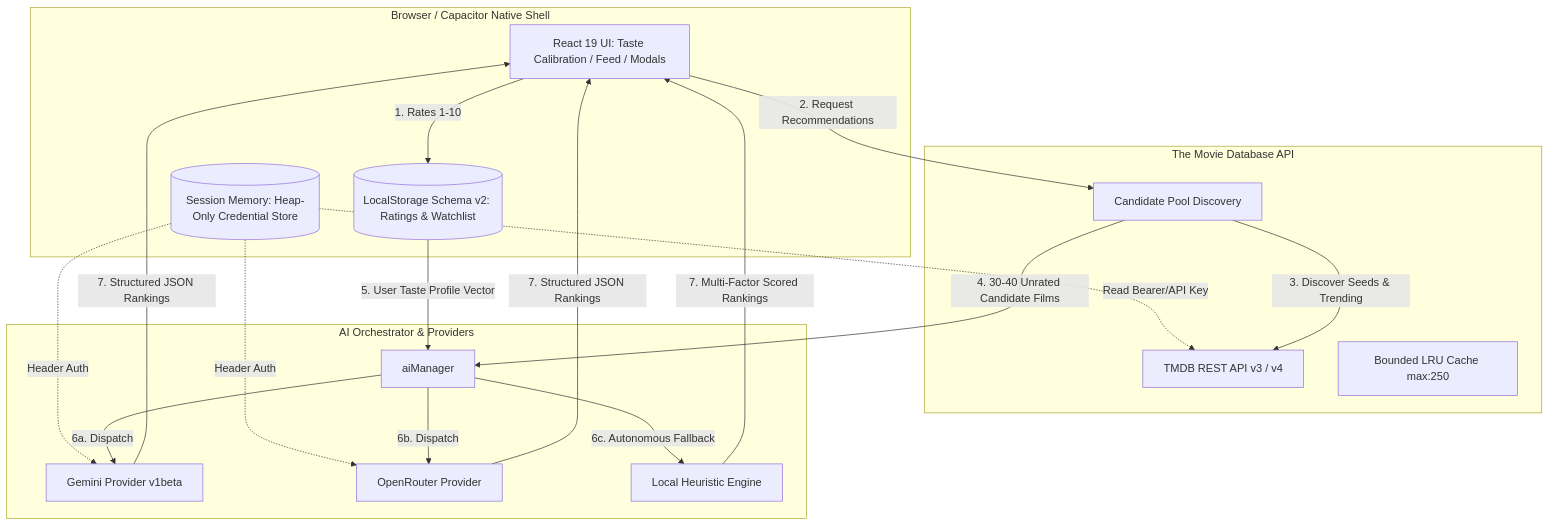
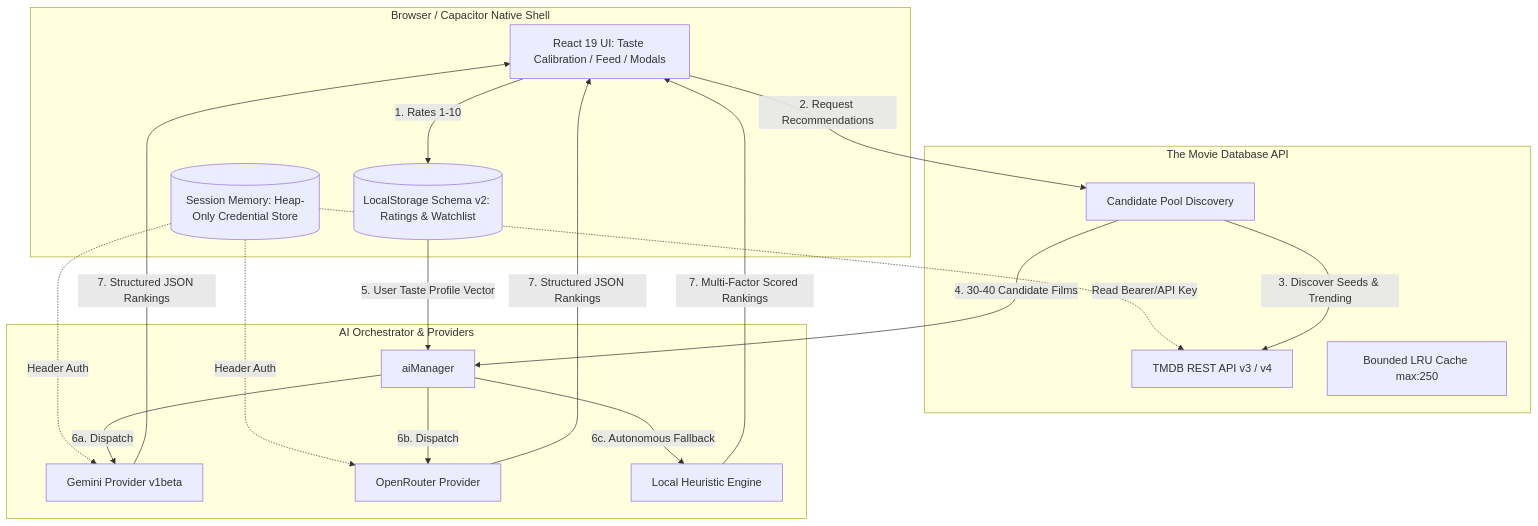
The diagram in README.md (d-khalang/CineMatch), drawn with Mermaid before and after one commit. The commit also changed other lines of this file and 7 other files, not shown here.

Commit message:
docs: rewrite README with visual showcase, architecture guide, and screenshots

````diff
--- a/README.md
+++ b/README.md
@@ -18,36 +112,36 @@
 ```mermaid
 flowchart TD
     subgraph Client [Browser / Capacitor Native Shell]
         UI[React 19 UI: Taste Calibration / Feed / Modals]
         Store[(LocalStorage Schema v2: Ratings & Watchlist)]
         Creds[(Session Memory: Heap-Only Credential Store)]
     end
 
     subgraph TMDB_Service [The Movie Database API]
         TMDB_API[TMDB REST API v3 / v4]
         LRU[Bounded LRU Cache max:250]
         Pooler[Candidate Pool Discovery]
     end
 
     subgraph AI_Layer [AI Orchestrator & Providers]
         Manager[aiManager]
         Gemini[Gemini Provider v1beta]
         OpenRouter[OpenRouter Provider]
         Local[Local Heuristic Engine]
     end
 
     UI -->|1. Rates 1-10| Store
     UI -->|2. Request Recommendations| Pooler
     Creds -.->|Read Bearer/API Key| TMDB_API
     Pooler -->|3. Discover Seeds & Trending| TMDB_API
-    Pooler -->|4. 30-40 Unrated Candidate Films| Manager
+    Pooler -->|4. 30-40 Candidate Films| Manager
     Store -->|5. User Taste Profile Vector| Manager
     Creds -.->|Header Auth| Gemini
     Creds -.->|Header Auth| OpenRouter
     Manager -->|6a. Dispatch| Gemini
     Manager -->|6b. Dispatch| OpenRouter
     Manager -->|6c. Autonomous Fallback| Local
     Gemini -->|7. Structured JSON Rankings| UI
     OpenRouter -->|7. Structured JSON Rankings| UI
     Local -->|7. Multi-Factor Scored Rankings| UI
 ```
````
